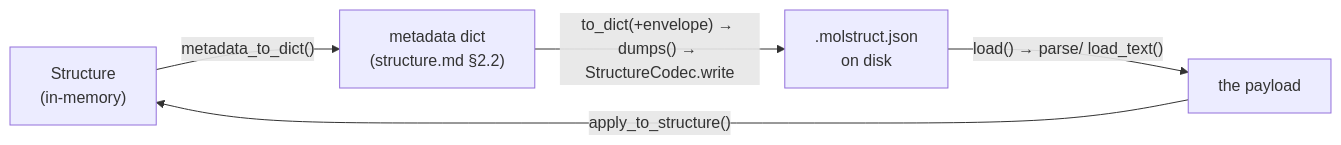
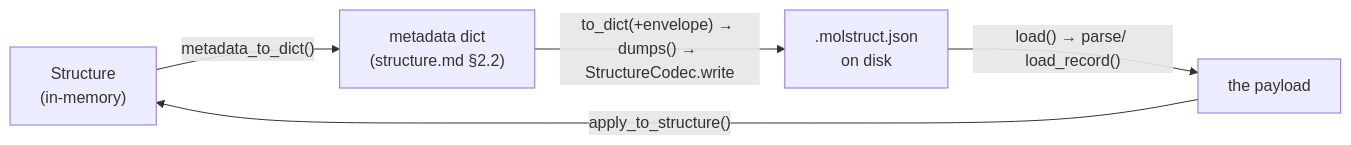
Before and after one commit to Qing-LAB/molbuilder: the diagram in docs/model/structure-molstruct.md, drawn with Mermaid. The commit also changed other lines of this file and 66 other files, not shown here.

````diff
--- a/docs/model/structure-molstruct.md
+++ b/docs/model/structure-molstruct.md
@@ -448,10 +449,10 @@
 ```mermaid
 flowchart LR
     ST["Structure<br/>(in-memory)"]
     MD["metadata dict<br/>(structure.md §2.2)"]
     JSON[".molstruct.json<br/>on disk"]
     ST -- "metadata_to_dict()" --> MD
     MD -- "to_dict(+envelope) → dumps() → StructureCodec.write" --> JSON
-    JSON -- "load() → parse/ load_text()" --> MD2["the payload"]
+    JSON -- "load() → parse/ load_record()" --> MD2["the payload"]
     MD2 -- "apply_to_structure()" --> ST
 ```
````
